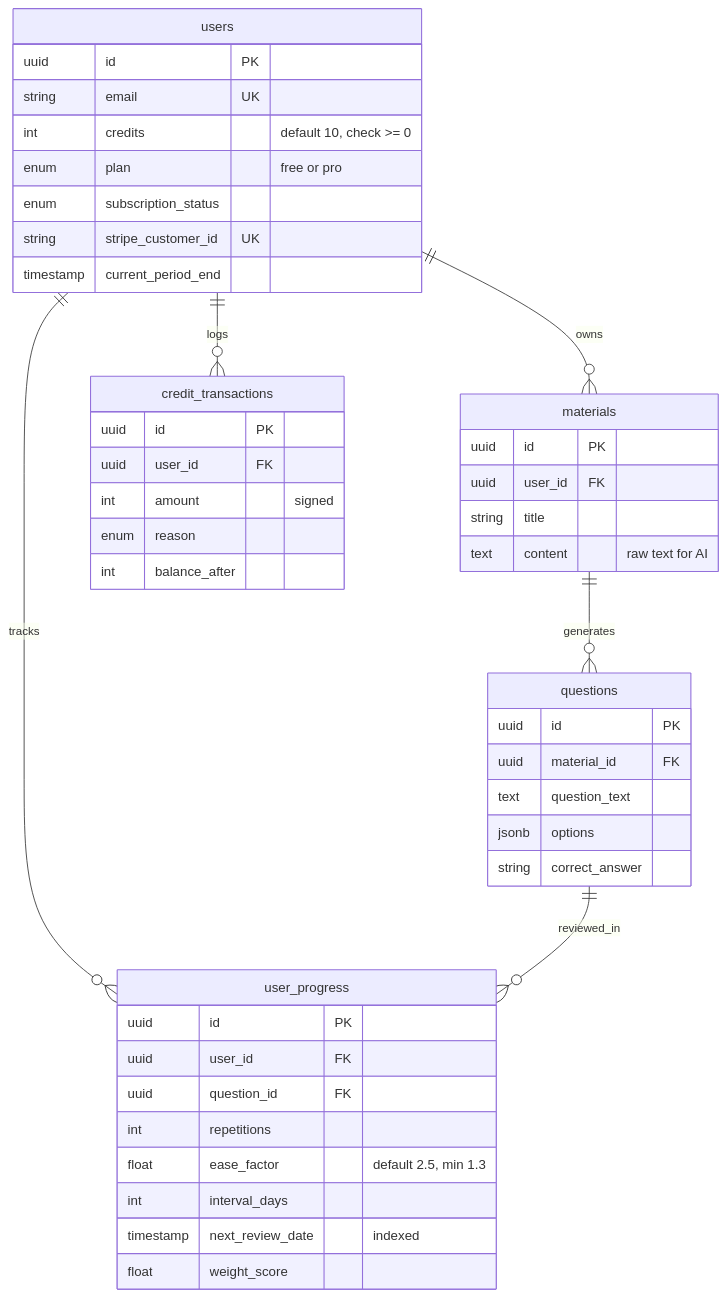
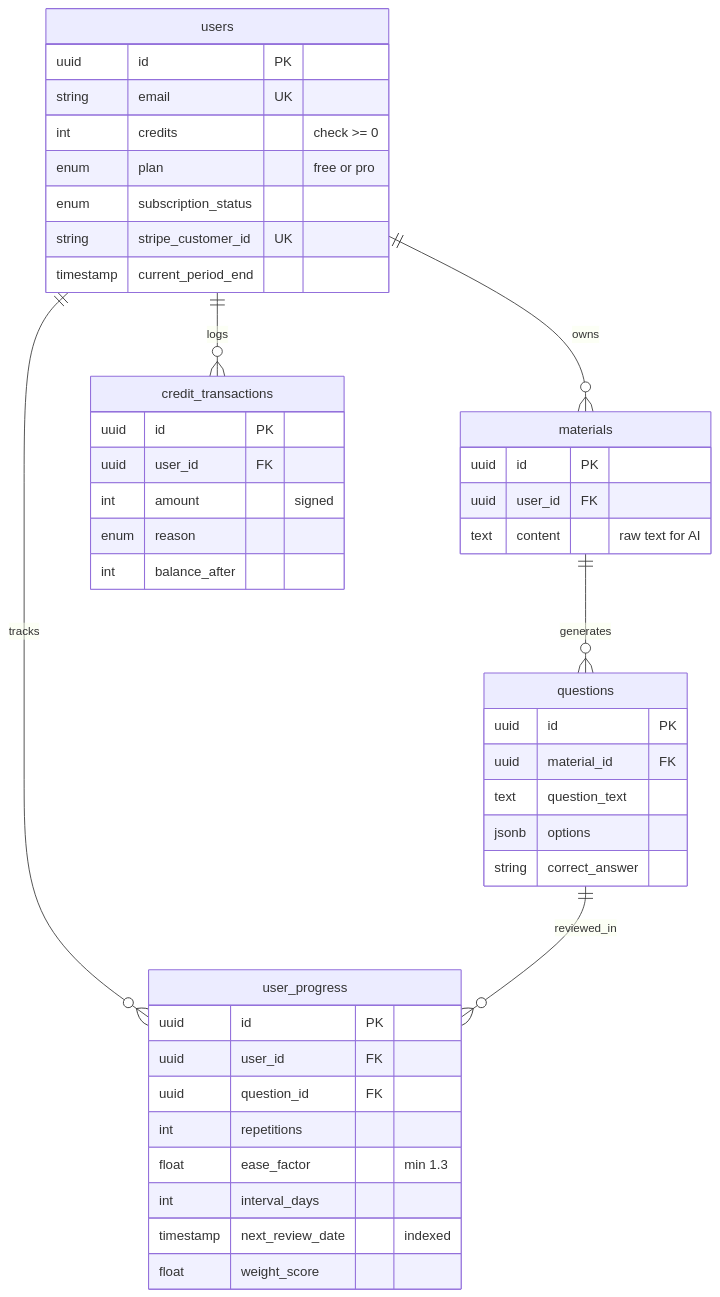
Before and after one commit to adityaaryas182/smart-study-saas: the first of 2 diagrams in README.md, drawn with Mermaid. The commit also changed other lines of this file and 15 other files, not shown here.

````diff
--- a/README.md
+++ b/README.md
@@ -50,48 +55,47 @@
 ```mermaid
 erDiagram
     users ||--o{ materials : "owns"
     users ||--o{ user_progress : "tracks"
     users ||--o{ credit_transactions : "logs"
     materials ||--o{ questions : "generates"
     questions ||--o{ user_progress : "reviewed_in"
 
     users {
         uuid id PK
         string email UK
-        int credits "default 10, check >= 0"
+        int credits "check >= 0"
         enum plan "free or pro"
         enum subscription_status
         string stripe_customer_id UK
         timestamp current_period_end
     }
     materials {
         uuid id PK
         uuid user_id FK
-        string title
         text content "raw text for AI"
     }
     questions {
         uuid id PK
         uuid material_id FK
         text question_text
         jsonb options
         string correct_answer
     }
     user_progress {
         uuid id PK
         uuid user_id FK
         uuid question_id FK
         int repetitions
-        float ease_factor "default 2.5, min 1.3"
+        float ease_factor "min 1.3"
         int interval_days
         timestamp next_review_date "indexed"
         float weight_score
     }
     credit_transactions {
         uuid id PK
         uuid user_id FK
         int amount "signed"
         enum reason
         int balance_after
     }
 ```
````
